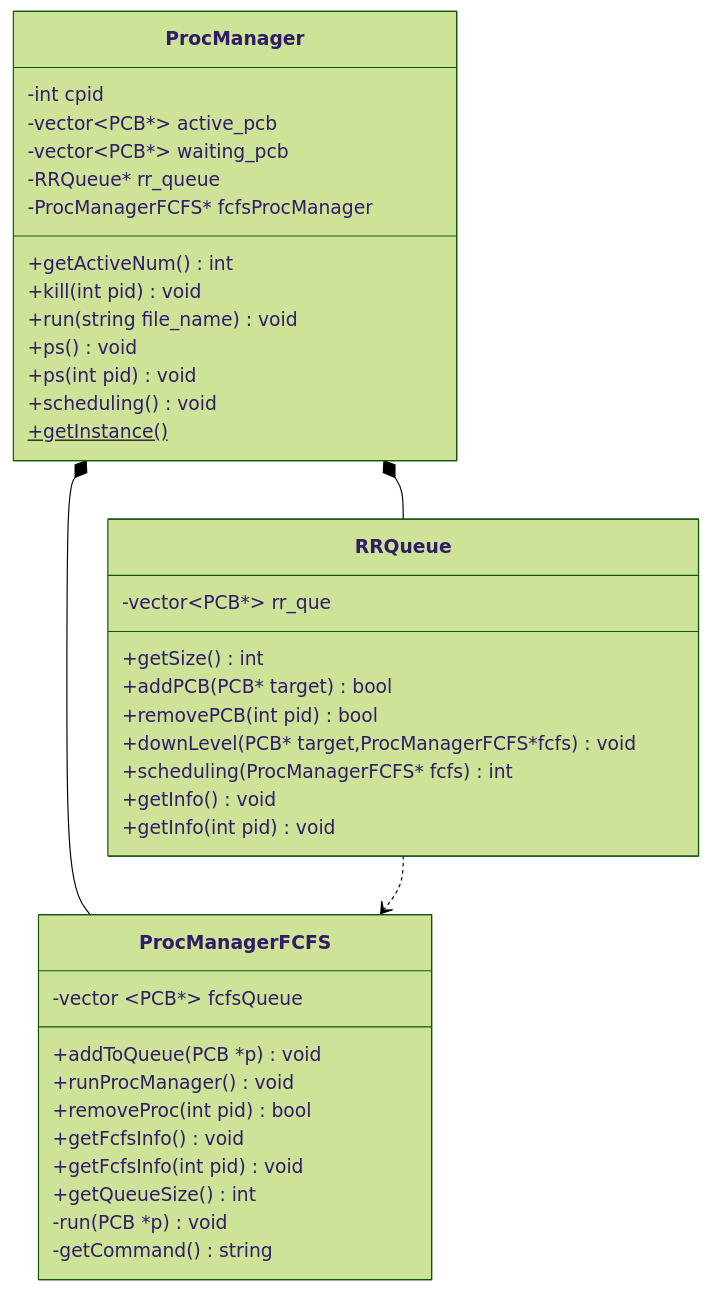
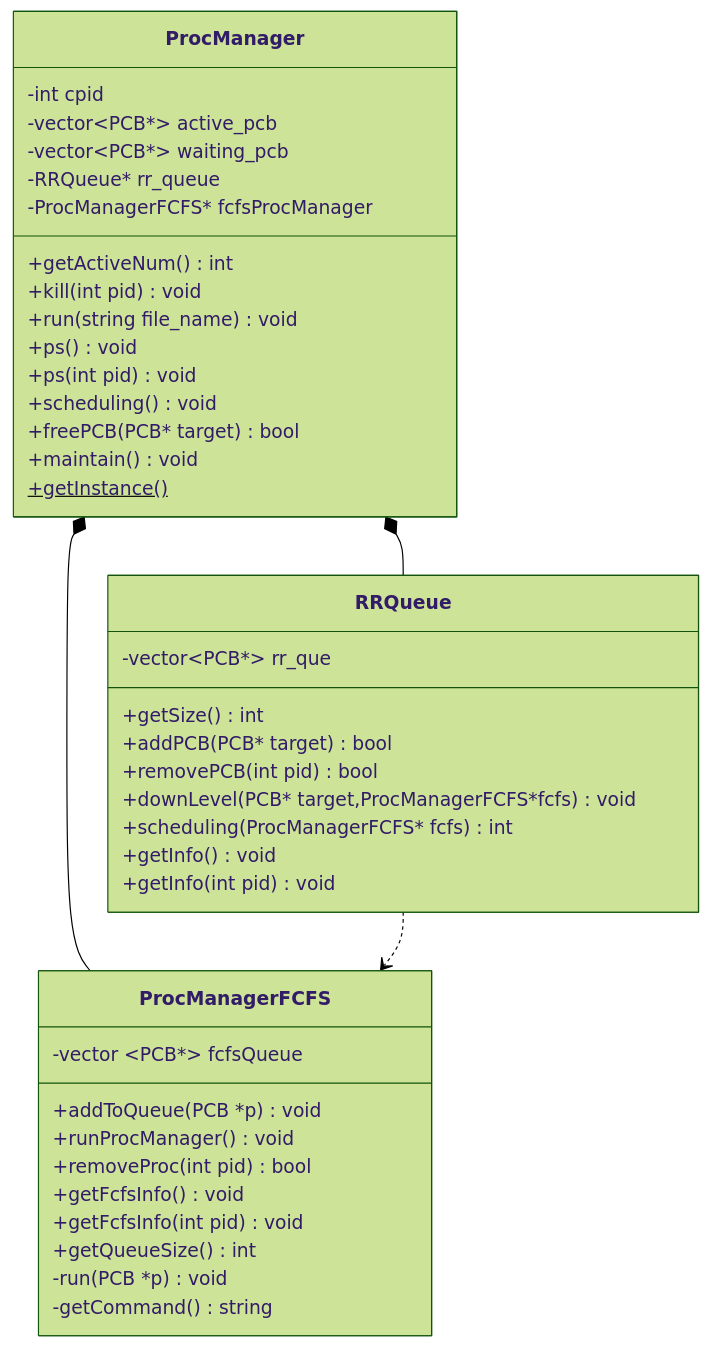
One commit to MsunM-cell/Operating-System changed the first of 2 diagrams in README.md. Above: the diagram before and after it, drawn with Mermaid (forest theme). The commit also changed other lines of this file and 2 other files, not shown here.

````diff
--- a/README.md
+++ b/README.md
@@ -5,42 +54,44 @@
 ```mermaid
 classDiagram
 class RRQueue {
     -vector~PCB*~ rr_que
     +getSize() int 
     +addPCB(PCB* target) bool
     +removePCB(int pid) bool
     +downLevel(PCB* target,ProcManagerFCFS*fcfs) void 
     +scheduling(ProcManagerFCFS* fcfs) int
     +getInfo() void
     +getInfo(int pid) void
 }
 class ProcManagerFCFS {
     -vector ~PCB*~ fcfsQueue
     +addToQueue(PCB *p) void
     +runProcManager() void
     +removeProc(int pid) bool
     +getFcfsInfo() void
     +getFcfsInfo(int pid) void
     +getQueueSize() int
     -run(PCB *p) void
     -getCommand() string
 }
 class ProcManager {
     -int cpid
     -vector~PCB*~ active_pcb
     -vector~PCB*~ waiting_pcb
     -RRQueue* rr_queue
     -ProcManagerFCFS* fcfsProcManager
 
     +getActiveNum() int
     +kill(int pid) void
     +run(string file_name) void
     +ps() void
     +ps(int pid) void
     +scheduling() void
+    +freePCB(PCB* target) bool
+    +maintain() void
     +getInstance()$
 }
 ProcManager *-- RRQueue
 ProcManager *-- ProcManagerFCFS
 RRQueue ..>ProcManagerFCFS 
 ```
````
